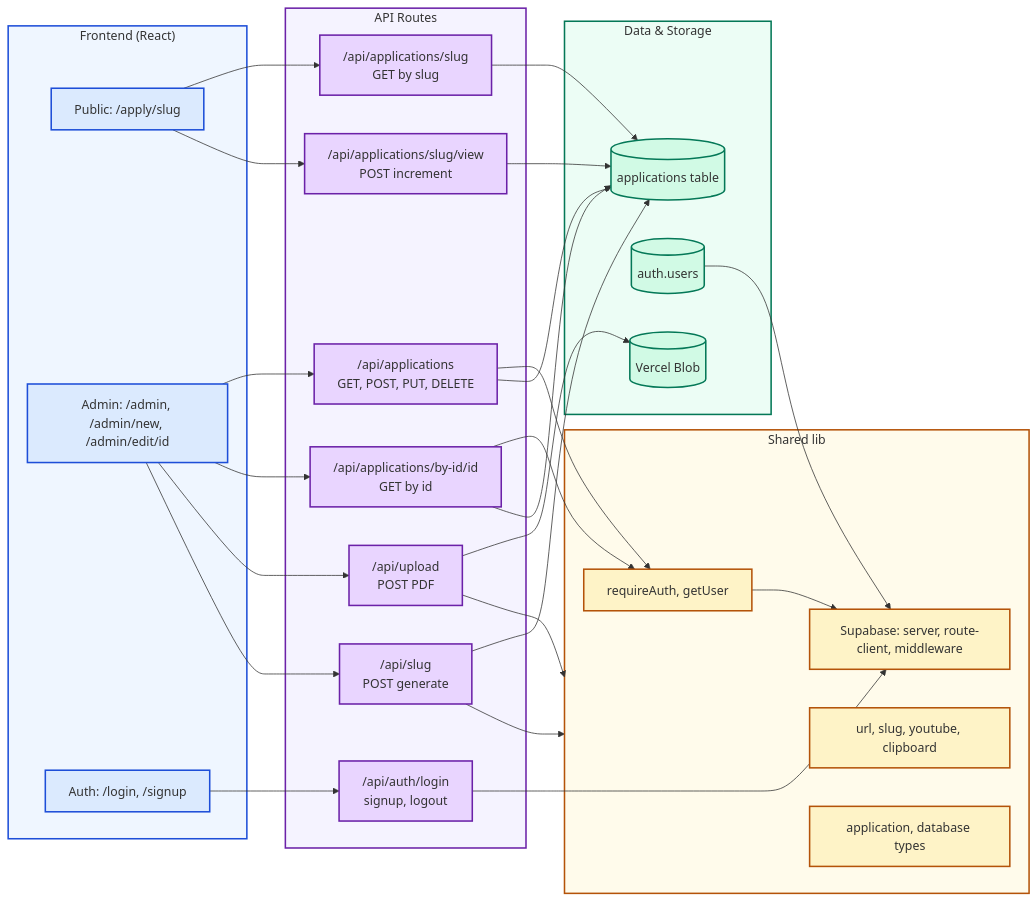
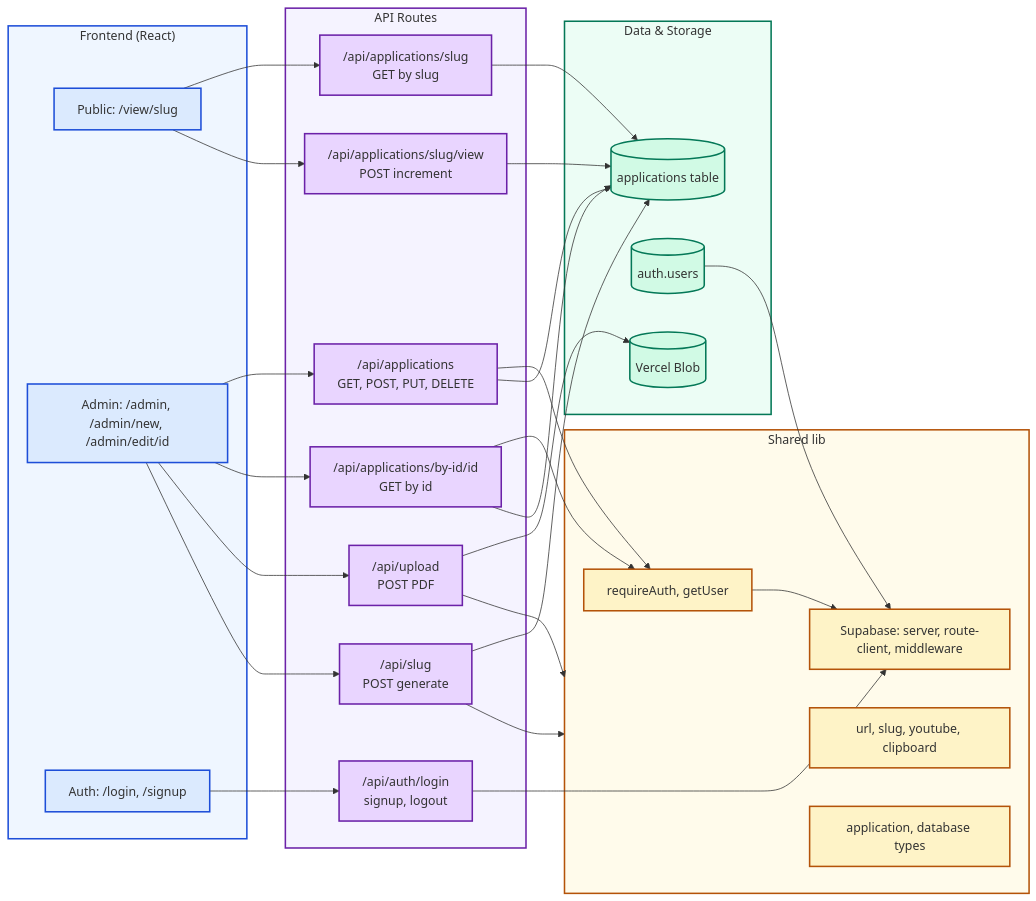
Before and after one commit to joan-gerard/my-hire-view: the second of 5 diagrams in docs/ARCHITECTURE.md, drawn with Mermaid. The commit also changed other lines of this file and 10 other files, not shown here.

Commit message:
refactor: MarketingHeader and ApplicationPageHeader, public route /view instead of /apply

````diff
--- a/docs/ARCHITECTURE.md
+++ b/docs/ARCHITECTURE.md
@@ -78,76 +78,76 @@
 ```mermaid
 flowchart LR
   subgraph Frontend["Frontend (React)"]
-    Public[Public: /apply/slug]
+    Public[Public: /view/slug]
     Admin[Admin: /admin, /admin/new, /admin/edit/id]
     AuthPages[Auth: /login, /signup]
   end
 
   subgraph API["API Routes"]
     AppsAPI["/api/applications<br>GET, POST, PUT, DELETE"]
     SlugAPI["/api/applications/slug<br>GET by slug"]
     ViewAPI["/api/applications/slug/view<br>POST increment"]
     ByIdAPI["/api/applications/by-id/id<br>GET by id"]
     AuthAPI["/api/auth/login<br>signup, logout"]
     UploadAPI["/api/upload<br>POST PDF"]
     SlugGenAPI["/api/slug<br>POST generate"]
   end
 
   subgraph Lib["Shared lib"]
     Auth[requireAuth, getUser]
     SupabaseClients[Supabase: server, route-client, middleware]
     Utils[url, slug, youtube, clipboard]
     Types[application, database types]
   end
 
   subgraph Data["Data & Storage"]
     DB[(applications table)]
     AuthUsers[(auth.users)]
     BlobStore[(Vercel Blob)]
   end
 
   Public --> SlugAPI
   Admin --> AppsAPI
   Admin --> ByIdAPI
   Admin --> UploadAPI
   Admin --> SlugGenAPI
   AuthPages --> AuthAPI
   Public --> ViewAPI
 
   AppsAPI --> Auth
   ByIdAPI --> Auth
   UploadAPI --> Lib
   AuthAPI --> SupabaseClients
   SlugGenAPI --> Lib
 
   Auth --> SupabaseClients
   AppsAPI --> DB
   ByIdAPI --> DB
   SlugAPI --> DB
   ViewAPI --> DB
   SlugGenAPI --> DB
   UploadAPI --> BlobStore
   AuthUsers --> SupabaseClients
 
   style Public fill:#dbeafe,stroke:#1d4ed8,stroke-width:2px
   style Admin fill:#dbeafe,stroke:#1d4ed8,stroke-width:2px
   style AuthPages fill:#dbeafe,stroke:#1d4ed8,stroke-width:2px
   style AppsAPI fill:#e9d5ff,stroke:#6b21a8,stroke-width:2px
   style SlugAPI fill:#e9d5ff,stroke:#6b21a8,stroke-width:2px
   style ViewAPI fill:#e9d5ff,stroke:#6b21a8,stroke-width:2px
   style ByIdAPI fill:#e9d5ff,stroke:#6b21a8,stroke-width:2px
   style AuthAPI fill:#e9d5ff,stroke:#6b21a8,stroke-width:2px
   style UploadAPI fill:#e9d5ff,stroke:#6b21a8,stroke-width:2px
   style SlugGenAPI fill:#e9d5ff,stroke:#6b21a8,stroke-width:2px
   style Auth fill:#fef3c7,stroke:#b45309,stroke-width:2px
   style SupabaseClients fill:#fef3c7,stroke:#b45309,stroke-width:2px
   style Utils fill:#fef3c7,stroke:#b45309,stroke-width:2px
   style Types fill:#fef3c7,stroke:#b45309,stroke-width:2px
   style DB fill:#d1fae5,stroke:#047857,stroke-width:2px
   style AuthUsers fill:#d1fae5,stroke:#047857,stroke-width:2px
   style BlobStore fill:#d1fae5,stroke:#047857,stroke-width:2px
   style Frontend fill:#eff6ff,stroke:#1d4ed8,stroke-width:2px
   style API fill:#f5f3ff,stroke:#6b21a8,stroke-width:2px
   style Lib fill:#fffbeb,stroke:#b45309,stroke-width:2px
   style Data fill:#ecfdf5,stroke:#047857,stroke-width:2px
 ```
````
